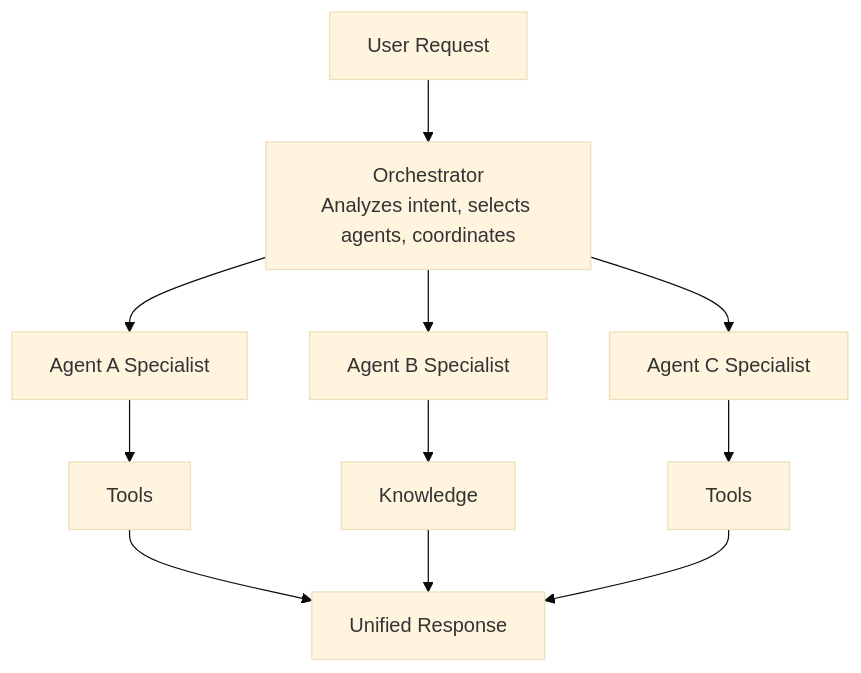
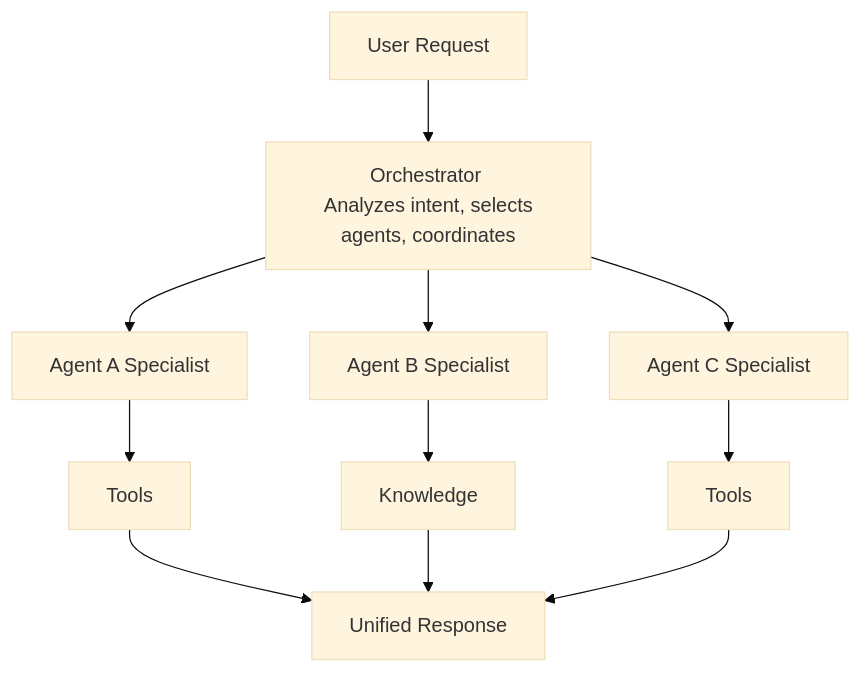
Before and after one commit to Koredotcom/docs-v2: the diagram in agent-platform/index.mdx, drawn with Mermaid (base theme). The commit also changed 1 other file, not shown here.

Commit message:
edits to the diagram

````diff
--- a/agent-platform/index.mdx
+++ b/agent-platform/index.mdx
@@ -35,13 +35,13 @@
 ```mermaid
 flowchart TD
-    U[User Request] --> O["Orchestrator\nAnalyzes intent, selects agents, coordinates"]
+    U[User Request] --> O["Orchestrator <br /> Analyzes intent, selects agents, coordinates"]
     O --> A[Agent A Specialist]
     O --> B[Agent B Specialist]
     O --> C[Agent C Specialist]
     A --> T1[Tools]
     B --> K[Knowledge]
     C --> T2[Tools]
     T1 --> R[Unified Response]
     K --> R
     T2 --> R
 ```
````
